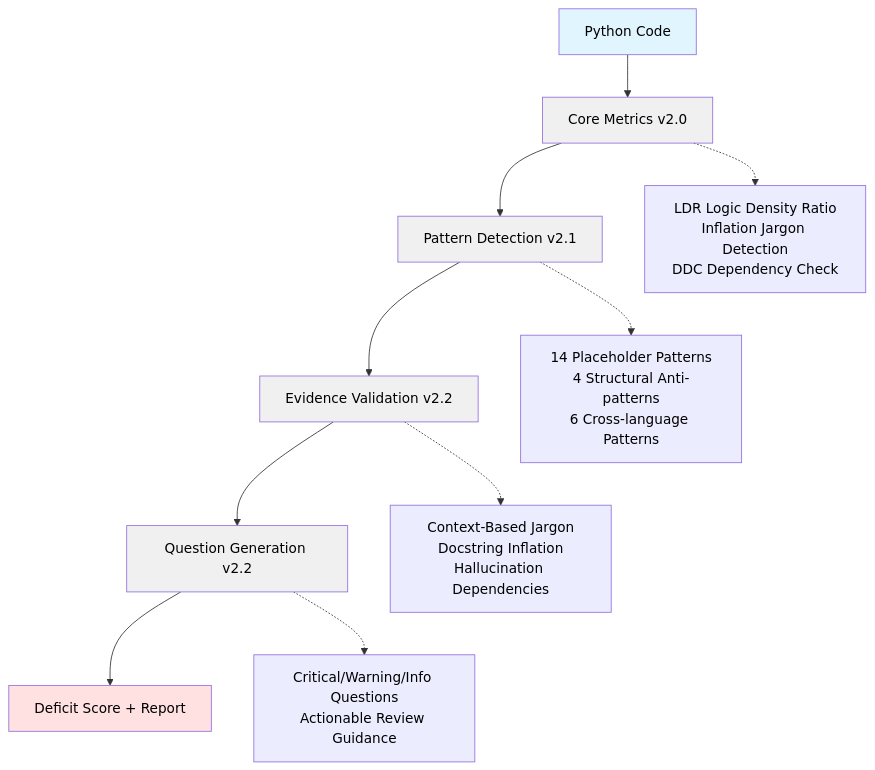
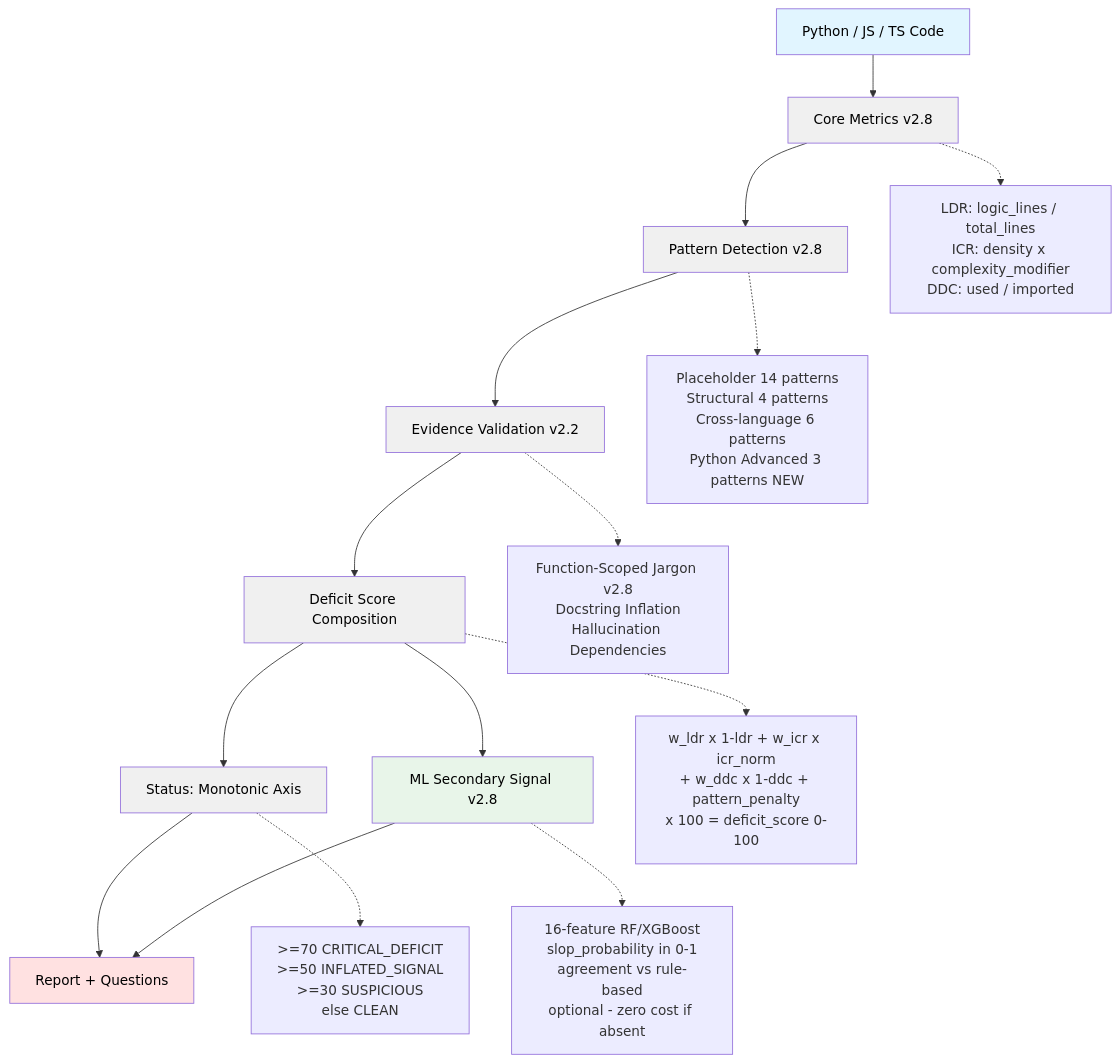
The diagram in README.md (flamehaven01/AI-SLOP-Detector), drawn with Mermaid before and after one commit. The commit also changed other lines of this file and 28 other files, not shown here.

````diff
--- a/README.md
+++ b/README.md
@@ -167,29 +255,34 @@
 ```mermaid
 graph TD
-    A[Python Code] --> B[Core Metrics v2.0]
-    B --> C[Pattern Detection v2.1]
+    A[Python / JS / TS Code] --> B[Core Metrics v2.8]
+    B --> C[Pattern Detection v2.8]
     C --> D[Evidence Validation v2.2]
-    D --> E[Question Generation v2.2]
-    E --> F[Deficit Score + Report]
+    D --> E[Deficit Score Composition]
+    E --> F[Status: Monotonic Axis]
+    F --> G[Report + Questions]
+    E --> H[ML Secondary Signal v2.8]
+    H --> G
 
-    B1[LDR Logic Density Ratio<br/>Inflation Jargon Detection<br/>DDC Dependency Check]
-    C1[14 Placeholder Patterns<br/>4 Structural Anti-patterns<br/>6 Cross-language Patterns]
-    D1[Context-Based Jargon<br/>Docstring Inflation<br/>Hallucination Dependencies]
-    E1[Critical/Warning/Info Questions<br/>Actionable Review Guidance]
+    B1[LDR: logic_lines / total_lines<br/>ICR: density x complexity_modifier<br/>DDC: used / imported]
+    C1[Placeholder 14 patterns<br/>Structural 4 patterns<br/>Cross-language 6 patterns<br/>Python Advanced 3 patterns NEW]
+    D1[Function-Scoped Jargon v2.8<br/>Docstring Inflation<br/>Hallucination Dependencies]
+    E1[w_ldr x 1-ldr + w_icr x icr_norm<br/>+ w_ddc x 1-ddc + pattern_penalty<br/>x 100 = deficit_score 0-100]
+    F1[>=70 CRITICAL_DEFICIT<br/>>=50 INFLATED_SIGNAL<br/>>=30 SUSPICIOUS<br/>else CLEAN]
+    H1[16-feature RF/XGBoost<br/>slop_probability in 0-1<br/>agreement vs rule-based<br/>optional - zero cost if absent]
 
     B -.-> B1
     C -.-> C1
     D -.-> D1
     E -.-> E1
+    F -.-> F1
+    H -.-> H1
 
     style A fill:#e1f5ff,color:#000
-    style F fill:#ffe1e1,color:#000
+    style G fill:#ffe1e1,color:#000
     style B fill:#f0f0f0,color:#000
     style C fill:#f0f0f0,color:#000
     style D fill:#f0f0f0,color:#000
     style E fill:#f0f0f0,color:#000
-    style B1 color:#000
-    style C1 color:#000
-    style D1 color:#000
-    style E1 color:#000
+    style F fill:#f0f0f0,color:#000
+    style H fill:#e8f5e9,color:#000
 ```
````
